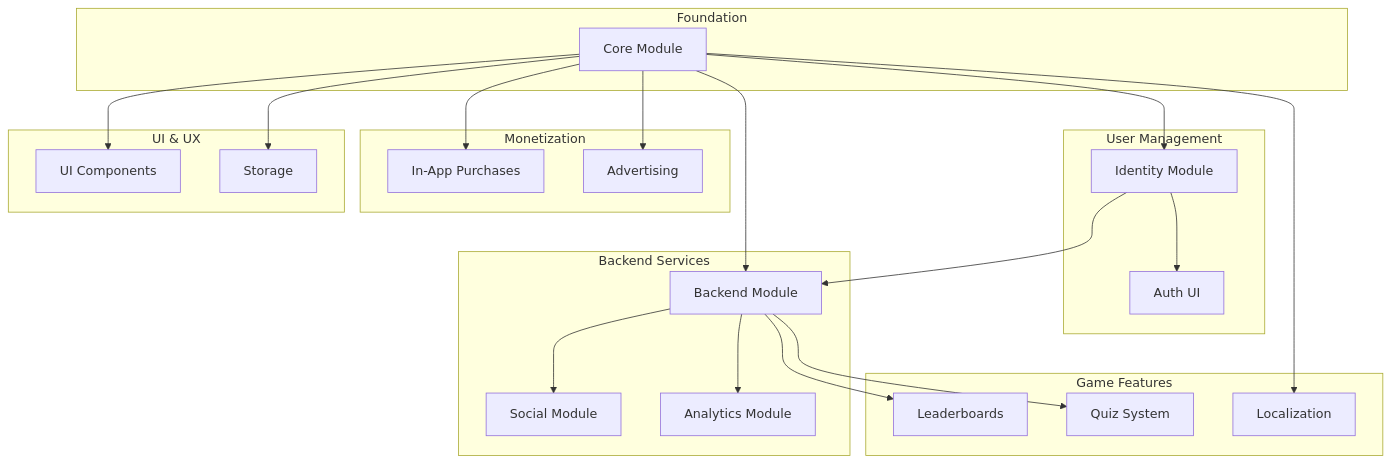
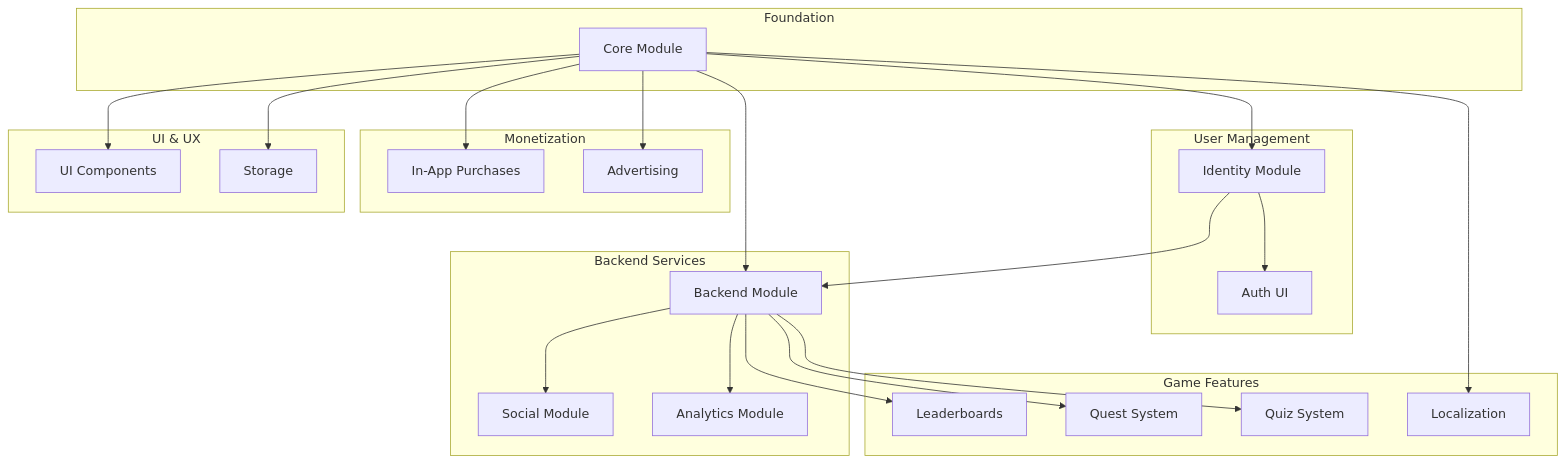
One commit to intelli-verse-x/Intelli-verse-X-SDK changed the diagram in docs/modules/index.md. Above: the diagram before and after it, drawn with Mermaid. The commit also changed other lines of this file and 2 other files, not shown here.

First line of the commit message:
feat: add Quest System module documentation

````diff
--- a/docs/modules/index.md
+++ b/docs/modules/index.md
@@ -9,47 +9,49 @@
 ```mermaid
 graph TB
     subgraph "Foundation"
         Core[Core Module]
     end
     
     subgraph "User Management"
         Identity[Identity Module]
         Auth[Auth UI]
     end
     
     subgraph "Backend Services"
         Backend[Backend Module]
         Social[Social Module]
         Analytics[Analytics Module]
     end
     
     subgraph "Game Features"
         Leaderboards[Leaderboards]
+        Quest[Quest System]
         Quiz[Quiz System]
         Localization[Localization]
     end
     
     subgraph "Monetization"
         IAP[In-App Purchases]
         Ads[Advertising]
     end
     
     subgraph "UI & UX"
         UI[UI Components]
         Storage[Storage]
     end
     
     Core --> Identity
     Core --> Backend
     Identity --> Backend
     Identity --> Auth
     Backend --> Social
     Backend --> Analytics
     Backend --> Leaderboards
+    Backend --> Quest
     Backend --> Quiz
     Core --> Localization
     Core --> IAP
     Core --> Ads
     Core --> UI
     Core --> Storage
 ```
````
